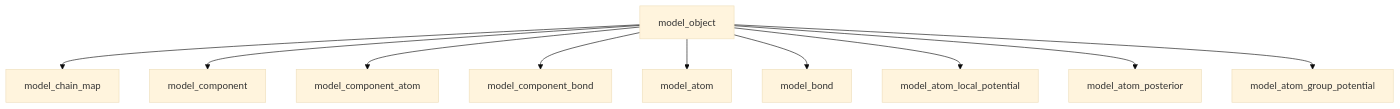
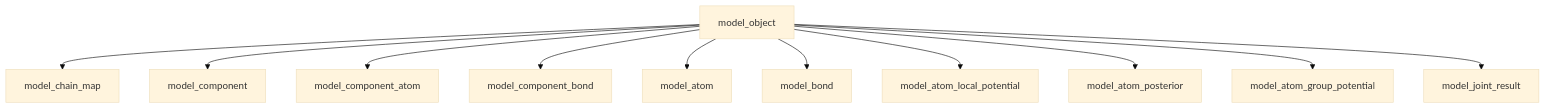
The diagram in docs/developer/architecture/dataobject-io-architecture.md (yslianTim/rhbm_gem), drawn with Mermaid (base theme) before and after one commit. The commit also changed other lines of this file and 41 other files, not shown here.

````diff
--- a/docs/developer/architecture/dataobject-io-architecture.md
+++ b/docs/developer/architecture/dataobject-io-architecture.md
@@ -98,13 +98,14 @@
 ```mermaid
 flowchart TD
     M[model_object]
     M --> C[model_chain_map]
     M --> CC[model_component]
     M --> CA[model_component_atom]
     M --> CB[model_component_bond]
     M --> A[model_atom]
     M --> B[model_bond]
     M --> AL[model_atom_local_potential]
     M --> AP[model_atom_posterior]
     M --> AG[model_atom_group_potential]
+    M --> J[model_joint_result]
 ```
````
